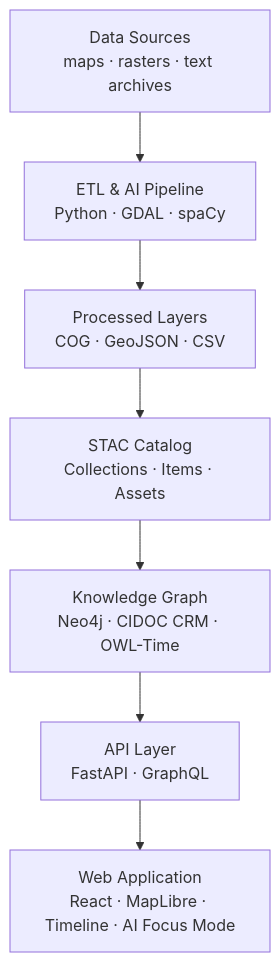
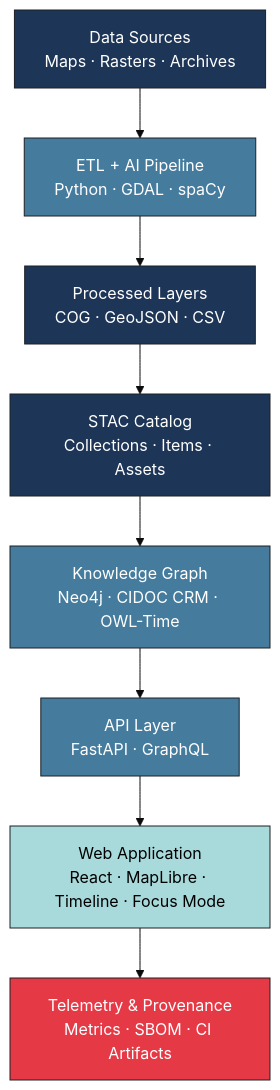
One commit to bartytime4life/Kansas-Frontier-Matrix changed the second of 3 diagrams in web/ARCHITECTURE.md. Above: the diagram before and after it, drawn with Mermaid. The commit also changed other lines of this file, not shown here.

````diff
--- a/web/ARCHITECTURE.md
+++ b/web/ARCHITECTURE.md
@@ -130,10 +105,15 @@
 ```mermaid
+%%{init: {"theme": "base", "themeVariables": { "primaryColor": "#1D3557", "primaryTextColor": "#fff"}}}%%
 flowchart TD
-  A["Data Sources<br/>maps · rasters · text archives"]
-    --> B["ETL & AI Pipeline<br/>Python · GDAL · spaCy"]
-  B --> C["Processed Layers<br/>COG · GeoJSON · CSV"]
-  C --> D["STAC Catalog<br/>Collections · Items · Assets"]
-  D --> E["Knowledge Graph<br/>Neo4j · CIDOC CRM · OWL-Time"]
-  E --> F["API Layer<br/>FastAPI · GraphQL"]
-  F --> G["Web Application<br/>React · MapLibre · Timeline · AI Focus Mode"]
+  A["Data Sources<br/>Maps · Rasters · Archives"]:::data --> B["ETL + AI Pipeline<br/>Python · GDAL · spaCy"]:::logic
+  B --> C["Processed Layers<br/>COG · GeoJSON · CSV"]:::data
+  C --> D["STAC Catalog<br/>Collections · Items · Assets"]:::data
+  D --> E["Knowledge Graph<br/>Neo4j · CIDOC CRM · OWL-Time"]:::logic
+  E --> F["API Layer<br/>FastAPI · GraphQL"]:::logic
+  F --> G["Web Application<br/>React · MapLibre · Timeline · Focus Mode"]:::ui
+  G --> H["Telemetry & Provenance<br/>Metrics · SBOM · CI Artifacts"]:::output
+  classDef data fill:#1D3557,color:#fff;
+  classDef logic fill:#457B9D,color:#fff;
+  classDef ui fill:#A8DADC,color:#000;
+  classDef output fill:#E63946,color:#fff;
 ```
````
